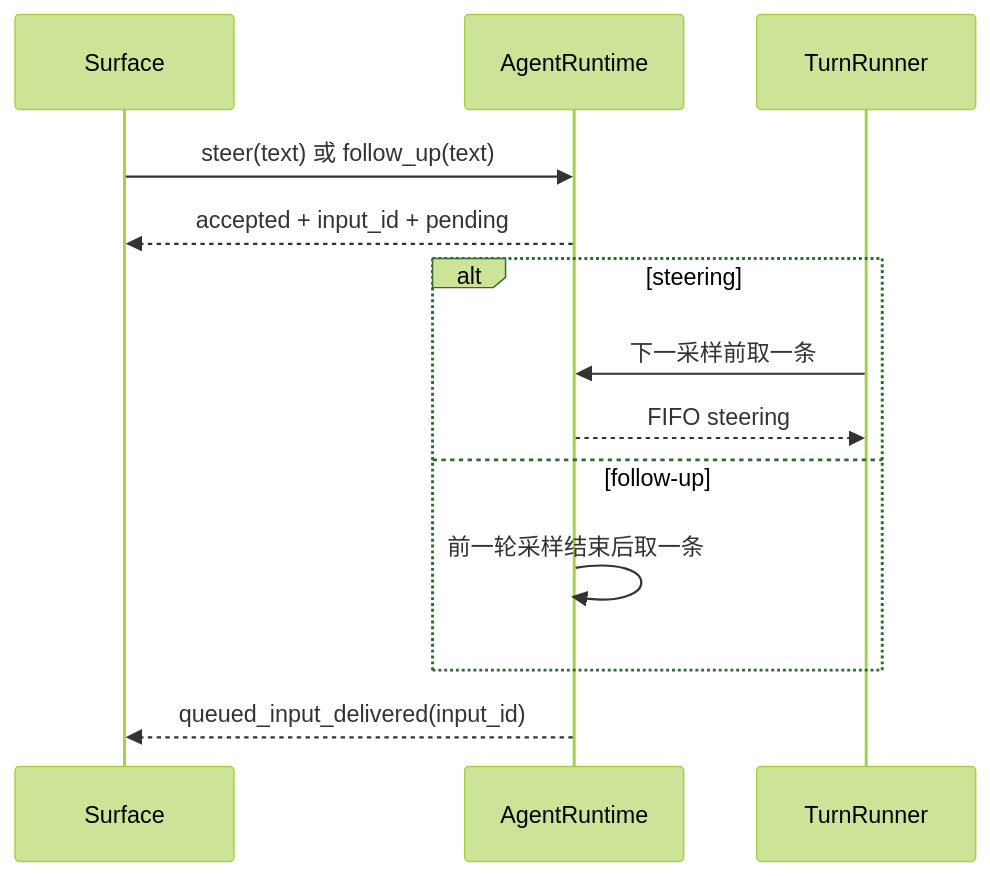
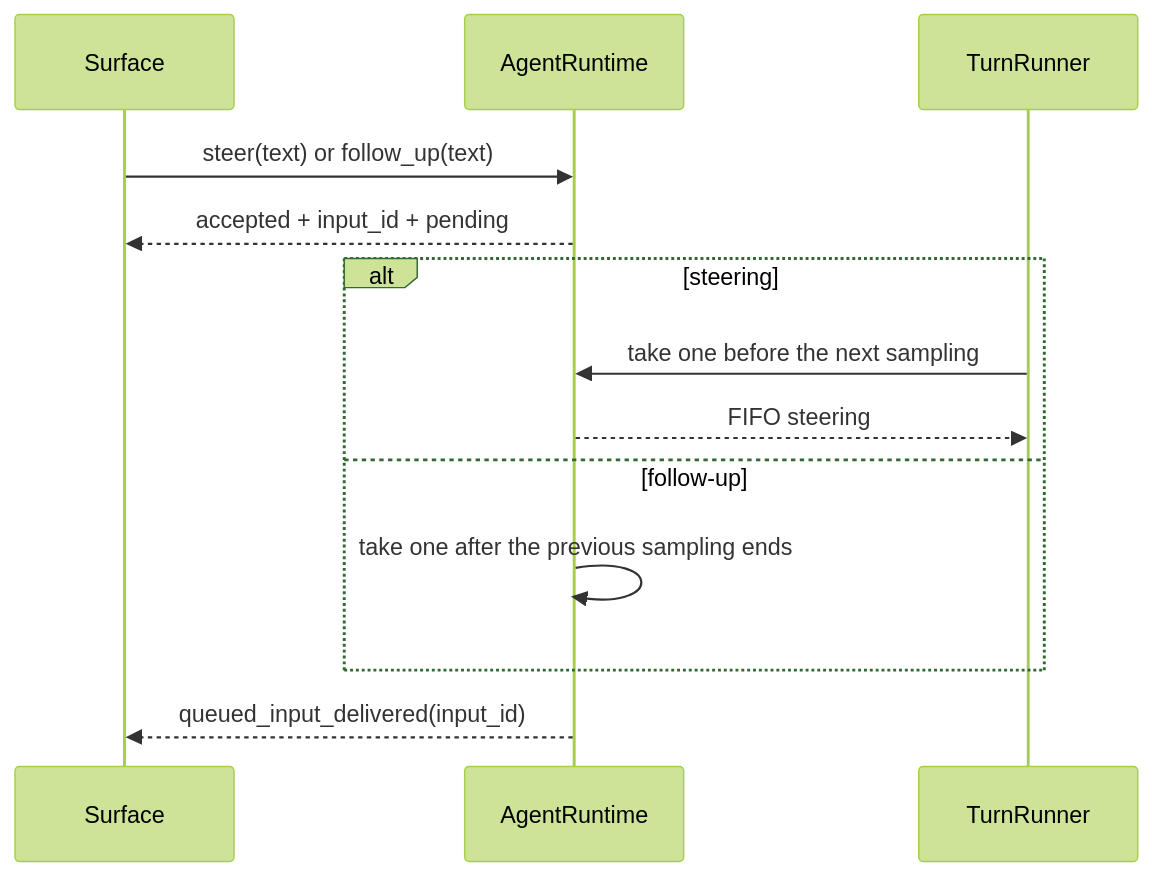
The diagram in docs/internals/01-runtime/input-queues.md (Azzurroooo/rind), drawn with Mermaid (forest theme) before and after one commit. The commit also changed other lines of this file and 109 other files, not shown here.

```diff
--- a/docs/internals/01-runtime/input-queues.md
+++ b/docs/internals/01-runtime/input-queues.md
@@ -5,15 +7,15 @@
 ~~~mermaid
 sequenceDiagram
     participant S as Surface
     participant R as AgentRuntime
     participant T as TurnRunner
-    S->>R: steer(text) 或 follow_up(text)
+    S->>R: steer(text) or follow_up(text)
     R-->>S: accepted + input_id + pending
     alt steering
-        T->>R: 下一采样前取一条
+        T->>R: take one before the next sampling
         R-->>T: FIFO steering
     else follow-up
-        R->>R: 前一轮采样结束后取一条
+        R->>R: take one after the previous sampling ends
     end
     R-->>S: queued_input_delivered(input_id)
 ~~~
```
